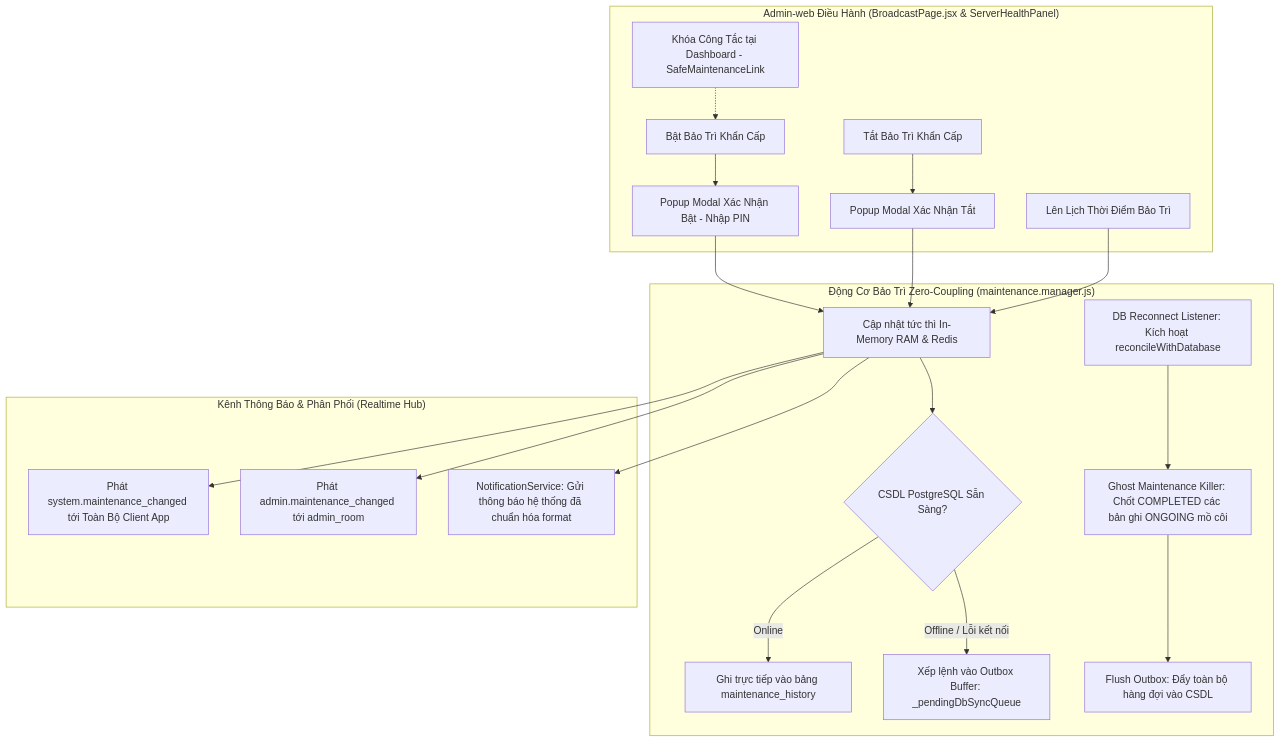
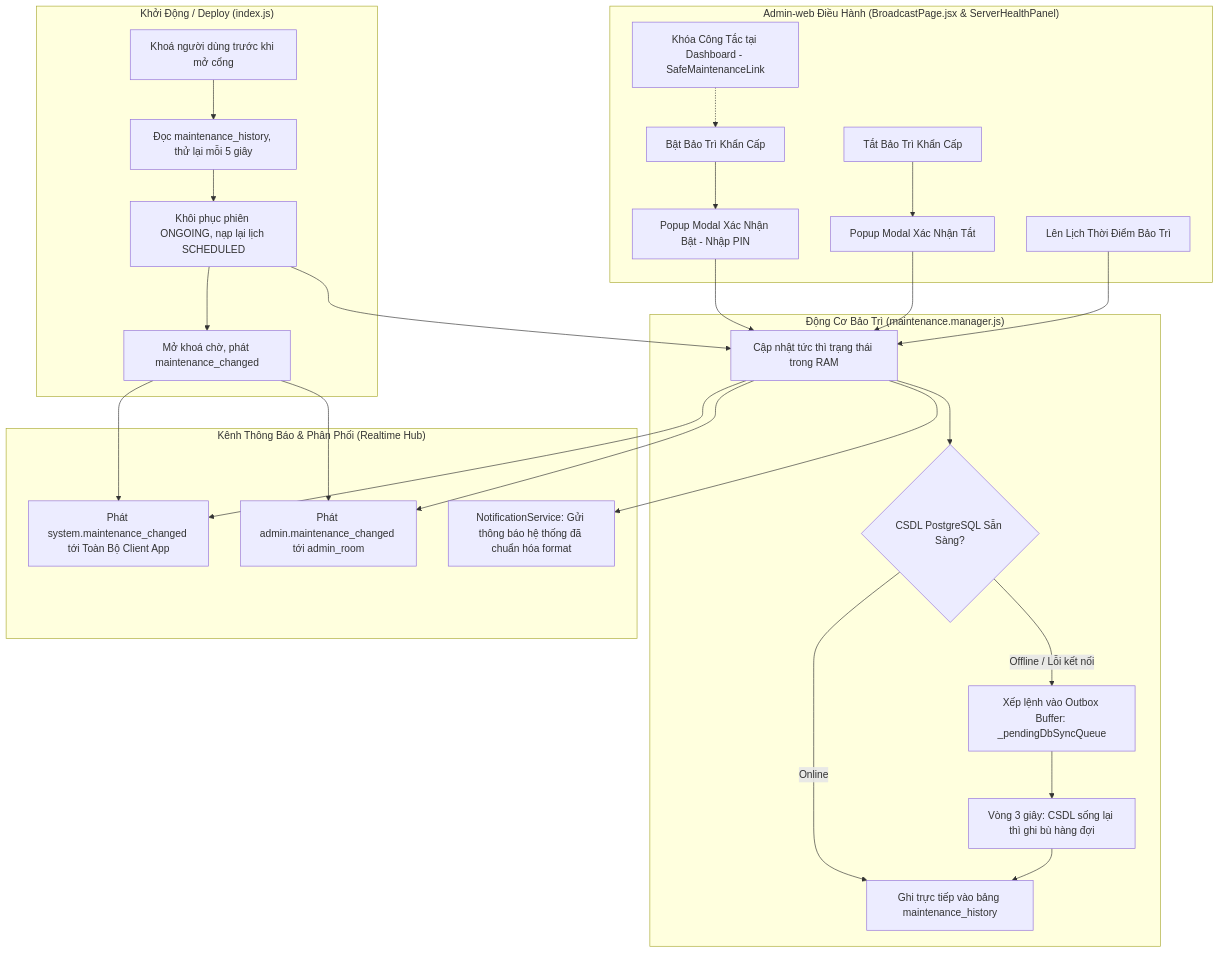
The diagram in docs/Admin-web/07-maintenance-and-resilience.md (NguyenPhuBao/ManagementFinance), drawn with Mermaid before and after one commit. The commit also changed other lines of this file and 9 other files, not shown here.

First line of the commit message:
docs: đặc tả theo cơ chế đang chạy — dashboard, bảo trì, PIN, danh mục, thanh toán

````diff
--- a/docs/Admin-web/07-maintenance-and-resilience.md
+++ b/docs/Admin-web/07-maintenance-and-resilience.md
@@ -40,40 +41,47 @@
 ```mermaid
 graph TD
     subgraph "Admin-web Điều Hành (BroadcastPage.jsx & ServerHealthPanel)"
         A1[Bật Bảo Trì Khẩn Cấp]
         A2[Popup Modal Xác Nhận Bật - Nhập PIN]
         A3[Tắt Bảo Trì Khẩn Cấp]
         A4[Popup Modal Xác Nhận Tắt]
         A5[Lên Lịch Thời Điểm Bảo Trì]
         A6[Khóa Công Tắc tại Dashboard - SafeMaintenanceLink]
     end
 
-    subgraph "Động Cơ Bảo Trì Zero-Coupling (maintenance.manager.js)"
-        B1[Cập nhật tức thì In-Memory RAM & Redis]
+    subgraph "Động Cơ Bảo Trì (maintenance.manager.js)"
+        B1[Cập nhật tức thì trạng thái trong RAM]
         B2{CSDL PostgreSQL Sẵn Sàng?}
         B3[Ghi trực tiếp vào bảng maintenance_history]
         B4[Xếp lệnh vào Outbox Buffer: _pendingDbSyncQueue]
-        B5[DB Reconnect Listener: Kích hoạt reconcileWithDatabase]
-        B6[Ghost Maintenance Killer: Chốt COMPLETED các bản ghi ONGOING mồ côi]
-        B7[Flush Outbox: Đẩy toàn bộ hàng đợi vào CSDL]
+        B7[Vòng 3 giây: CSDL sống lại thì ghi bù hàng đợi]
+    end
+
+    subgraph "Khởi Động / Deploy (index.js)"
+        R1[Khoá người dùng trước khi mở cổng]
+        R2[Đọc maintenance_history, thử lại mỗi 5 giây]
+        R3[Khôi phục phiên ONGOING, nạp lại lịch SCHEDULED]
+        R4[Mở khoá chờ, phát maintenance_changed]
     end
 
     subgraph "Kênh Thông Báo & Phân Phối (Realtime Hub)"
         S1[Phát system.maintenance_changed tới Toàn Bộ Client App]
         S2[Phát admin.maintenance_changed tới admin_room]
         S3[NotificationService: Gửi thông báo hệ thống đã chuẩn hóa format]
     end
 
     A1 --> A2 --> B1
     A3 --> A4 --> B1
     A5 --> B1
     A6 -.-> A1
 
     B1 --> B2
     B2 -- "Online" --> B3
     B2 -- "Offline / Lỗi kết nối" --> B4
 
-    B5 --> B6 --> B7
+    B4 --> B7 --> B3
+    R1 --> R2 --> R3 --> R4 --> S1 & S2
+    R3 --> B1
 
     B1 --> S1 & S2 & S3
 ```
````
